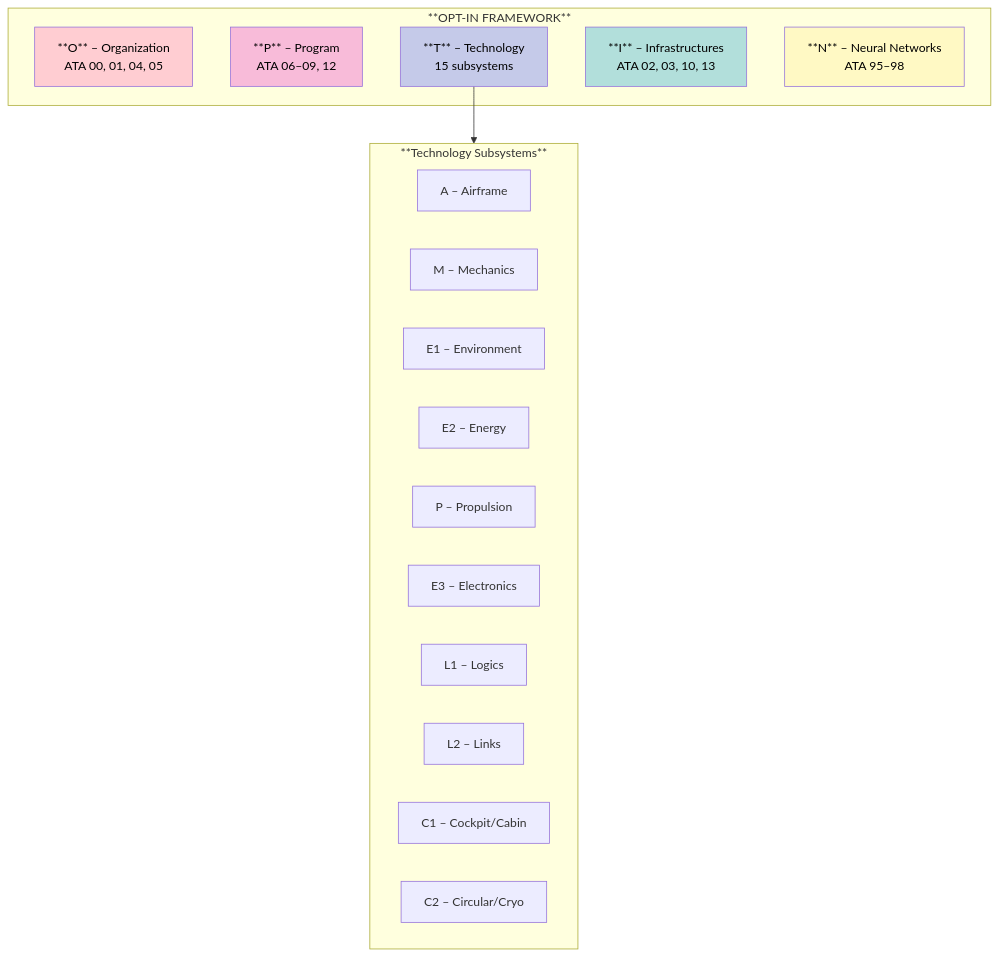
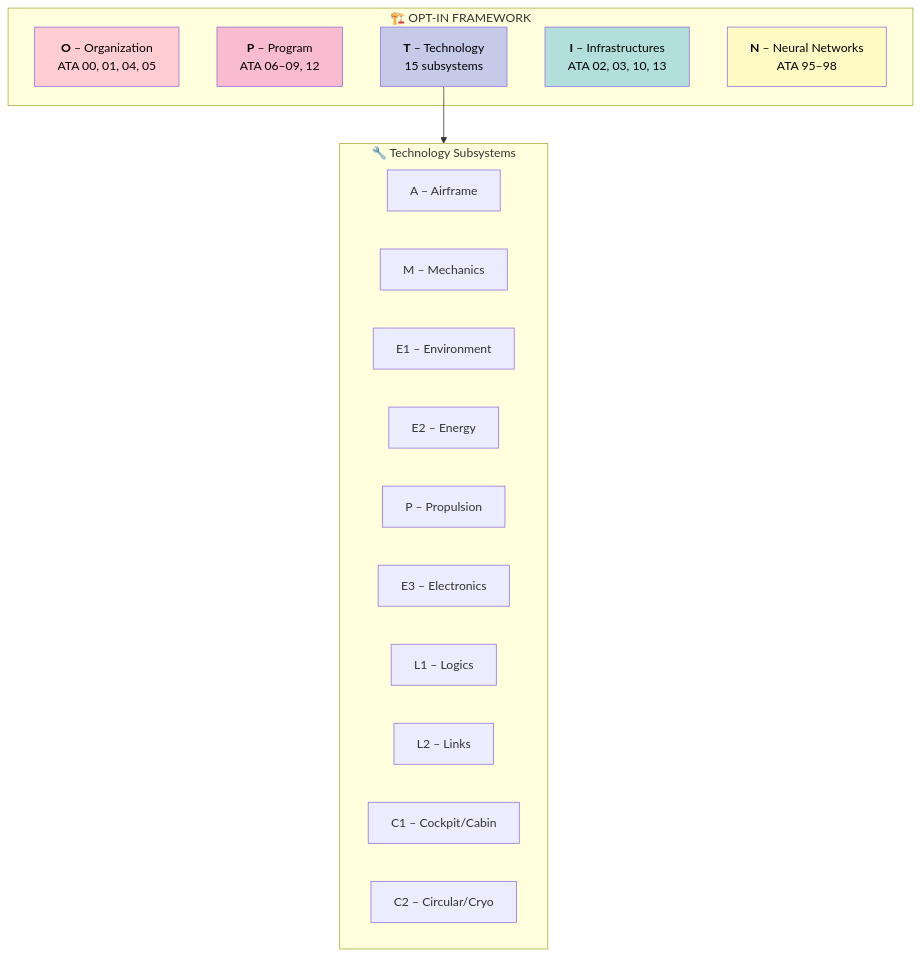
Before and after one commit to AmedeoPelliccia/AMPEL360-BWB-H2-Hy-E: the third of 9 diagrams in README.md, drawn with Mermaid. The commit also changed other lines of this file, not shown here.

````diff
--- a/README.md
+++ b/README.md
@@ -174,32 +180,32 @@
 ```mermaid
 flowchart TB
-    subgraph OPTIN["**OPT-IN FRAMEWORK**"]
-        O["**O** – Organization<br/>ATA 00, 01, 04, 05"]
-        P["**P** – Program<br/>ATA 06–09, 12"]
-        T["**T** – Technology<br/>15 subsystems"]
-        I["**I** – Infrastructures<br/>ATA 02, 03, 10, 13"]
-        N["**N** – Neural Networks<br/>ATA 95–98"]
+    subgraph OPTIN["🏗️ OPT-IN FRAMEWORK"]
+        O["<b>O</b> – Organization<br/>ATA 00, 01, 04, 05"]
+        P["<b>P</b> – Program<br/>ATA 06–09, 12"]
+        T["<b>T</b> – Technology<br/>15 subsystems"]
+        I["<b>I</b> – Infrastructures<br/>ATA 02, 03, 10, 13"]
+        N["<b>N</b> – Neural Networks<br/>ATA 95–98"]
     end
 
     T --> T_SUB
 
-    subgraph T_SUB["**Technology Subsystems**"]
+    subgraph T_SUB["🔧 Technology Subsystems"]
         direction LR
         A["A – Airframe"]
         M["M – Mechanics"]
         E1["E1 – Environment"]
         E2["E2 – Energy"]
         PP["P – Propulsion"]
         E3["E3 – Electronics"]
         L1["L1 – Logics"]
         L2["L2 – Links"]
         C1["C1 – Cockpit/Cabin"]
         C2["C2 – Circular/Cryo"]
     end
 
     style O fill:#ffcdd2,color:#000
-    style P fill:#f8bbd9,color:#000
+    style P fill:#f8bbd0,color:#000
     style T fill:#c5cae9,color:#000
     style I fill:#b2dfdb,color:#000
     style N fill:#fff9c4,color:#000
 ```
````
